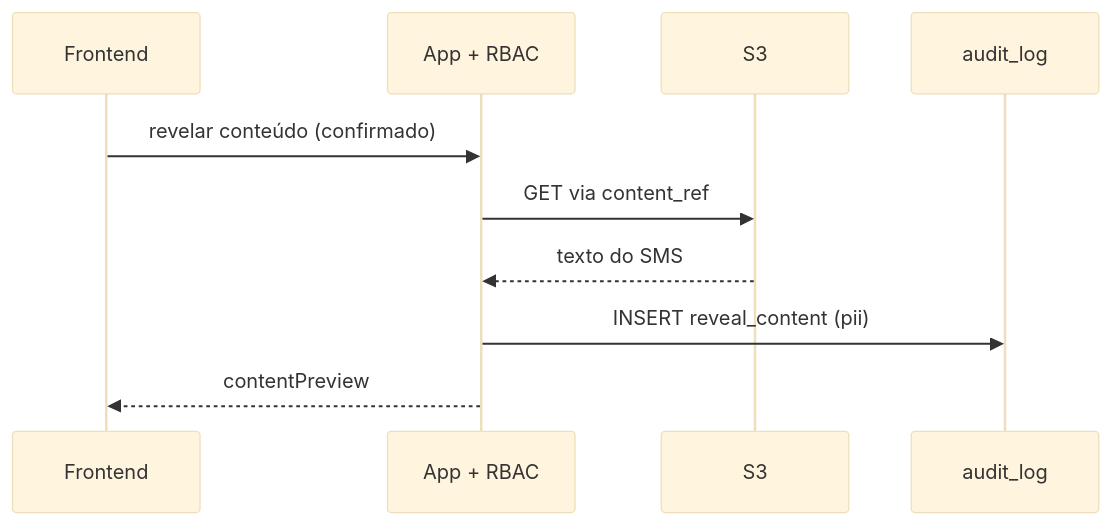
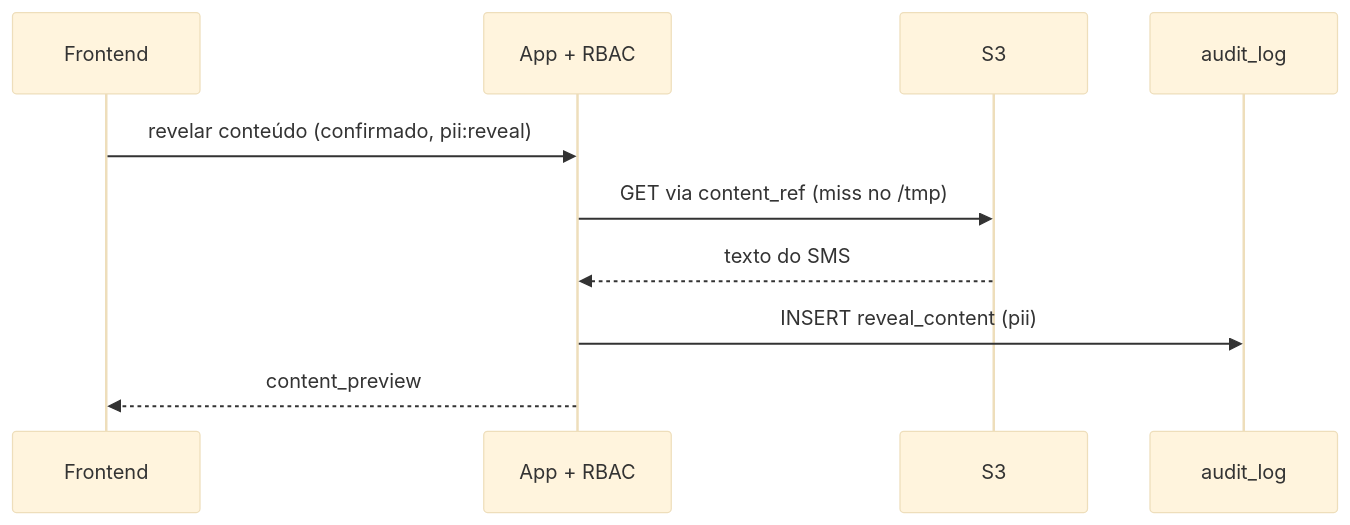
One commit to NicollasFrazao/atena changed the second of 3 diagrams in .context/docs/data-flow.md. Above: the diagram before and after it, drawn with Mermaid (base theme). The commit also changed other lines of this file and 31 other files, not shown here.

````diff
--- a/.context/docs/data-flow.md
+++ b/.context/docs/data-flow.md
@@ -130,12 +136,12 @@
 ```mermaid
 sequenceDiagram
     participant FE as Frontend
     participant API as App + RBAC
     participant S3 as S3
     participant AUD as audit_log
-    FE->>API: revelar conteúdo (confirmado)
-    API->>S3: GET via content_ref
+    FE->>API: revelar conteúdo (confirmado, pii:reveal)
+    API->>S3: GET via content_ref (miss no /tmp)
     S3-->>API: texto do SMS
     API->>AUD: INSERT reveal_content (pii)
-    API-->>FE: contentPreview
+    API-->>FE: content_preview
 ```
````
